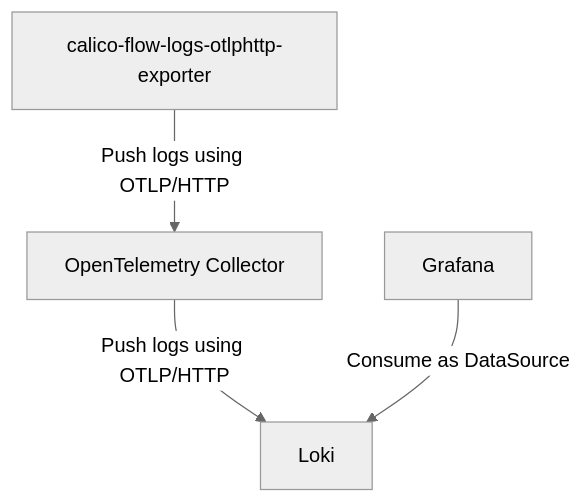
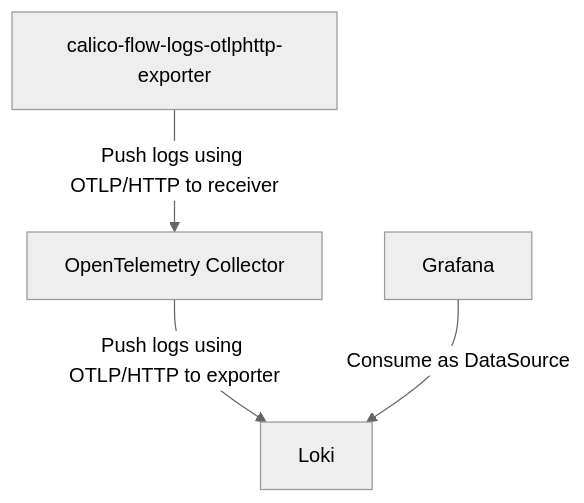
Before and after one commit to FredrickB/calico-flow-logs-otlphttp-exporter: the diagram in README.md, drawn with Mermaid (neutral theme). The commit also changed other lines of this file, not shown here.

Commit message:
docs: change the mermaid diagram

````diff
--- a/README.md
+++ b/README.md
@@ -105,10 +105,10 @@
 ```mermaid
 graph TB
     exporter[calico-flow-logs-otlphttp-exporter]
     otel-collector[OpenTelemetry Collector]
     loki[Loki]
     grafana[Grafana]
-    exporter-->|Push logs using OTLP/HTTP|otel-collector
-    otel-collector-->|Push logs using OTLP/HTTP|loki
+    exporter-->|Push logs using OTLP/HTTP to receiver|otel-collector
+    otel-collector-->|Push logs using OTLP/HTTP to exporter|loki
     grafana-->|Consume as DataSource|loki
 ```
````
